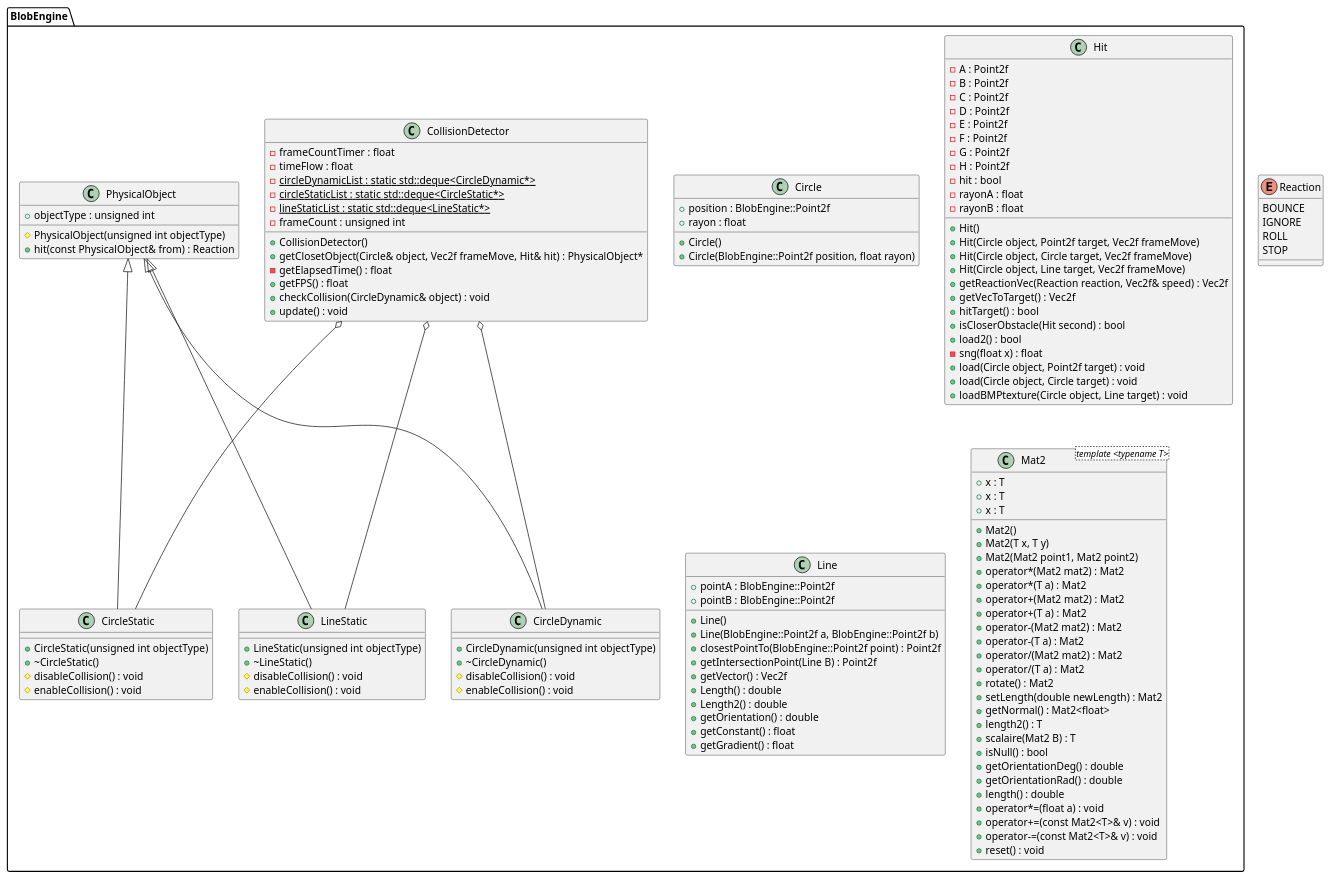
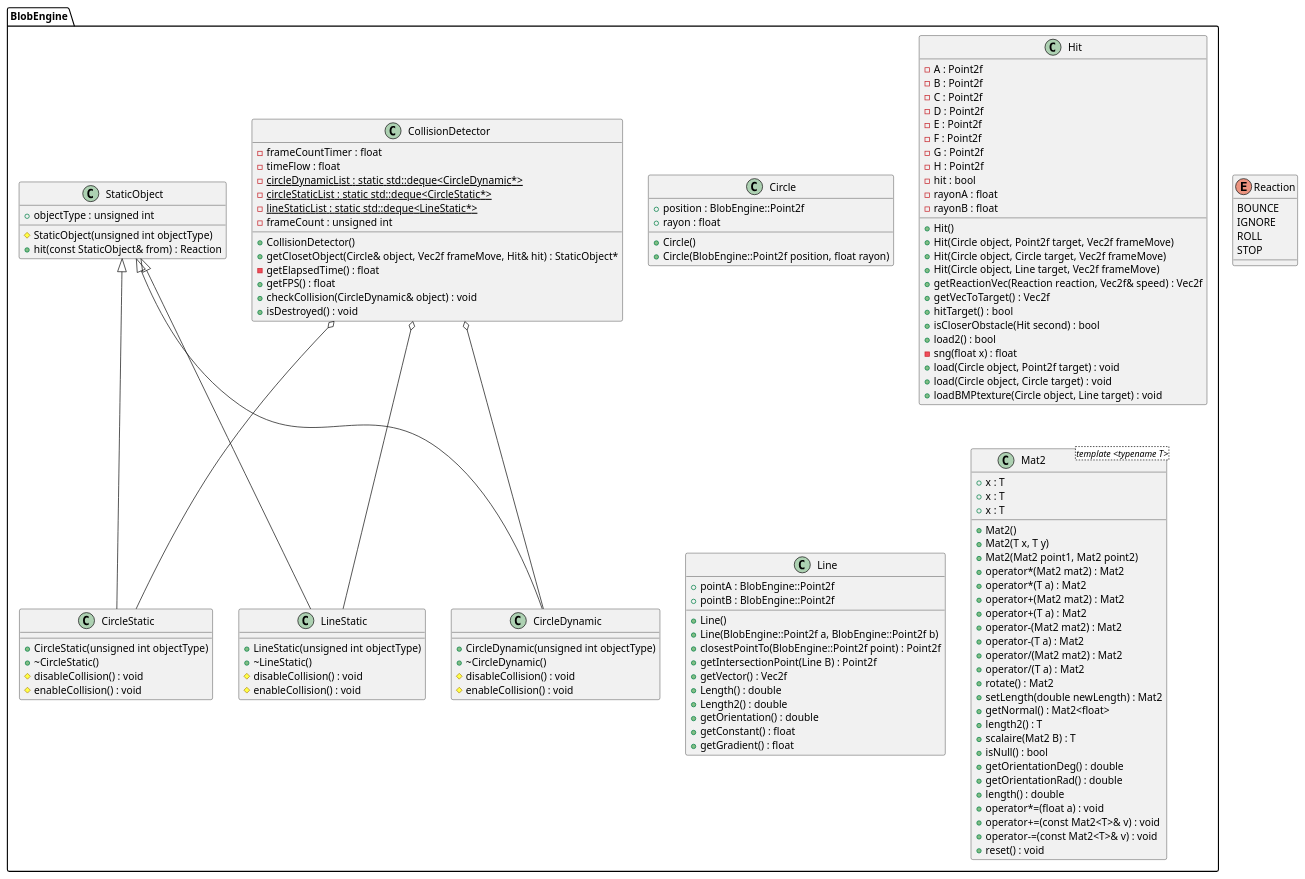
The diagram in BlobEngine/include/BlobEngine/BLobEngine.puml (alexdesaint/BlobEngine), drawn with PlantUML before and after one commit. The commit also changed 37 other files, not shown here.

```diff
--- a/BlobEngine/include/BlobEngine/BLobEngine.puml
+++ b/BlobEngine/include/BlobEngine/BLobEngine.puml
@@ -39,7 +39,7 @@
 namespace BlobEngine {
 	class CollisionDetector {
 		+CollisionDetector()
-		+getClosetObject(Circle& object, Vec2f frameMove, Hit& hit) : PhysicalObject*
+		+getClosetObject(Circle& object, Vec2f frameMove, Hit& hit) : StaticObject*
 		-frameCountTimer : float
 		-getElapsedTime() : float
 		+getFPS() : float
@@ -49,7 +49,7 @@
 		-{static} lineStaticList : static std::deque<LineStatic*>
 		-frameCount : unsigned int
 		+checkCollision(CircleDynamic& object) : void
-		+update() : void
+		+isDestroyed() : void
 	}
 }
 
@@ -146,9 +146,9 @@
 
 
 namespace BlobEngine {
-	class PhysicalObject {
-		#PhysicalObject(unsigned int objectType)
-		+hit(const PhysicalObject& from) : Reaction
+	class StaticObject {
+		#StaticObject(unsigned int objectType)
+		+hit(const StaticObject& from) : Reaction
 		+objectType : unsigned int
 	}
 }
@@ -168,17 +168,17 @@
 /' Inheritance relationships '/
 
 namespace BlobEngine {
-	PhysicalObject <|-- CircleDynamic
+	StaticObject <|-- CircleDynamic
 }
 
 
 namespace BlobEngine {
-	PhysicalObject <|-- CircleStatic
+	StaticObject <|-- CircleStatic
 }
 
 
 namespace BlobEngine {
-	PhysicalObject <|-- LineStatic
+	StaticObject <|-- LineStatic
 }
 
 
```
